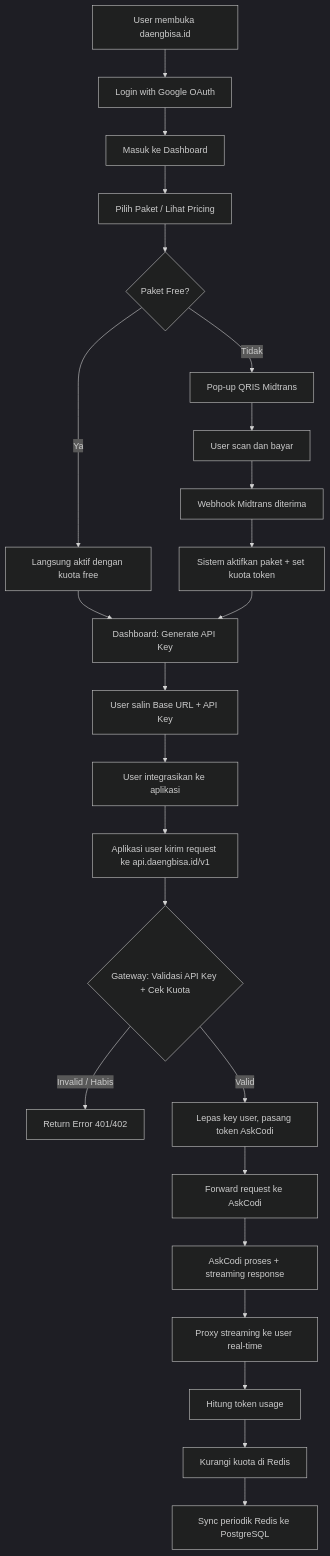
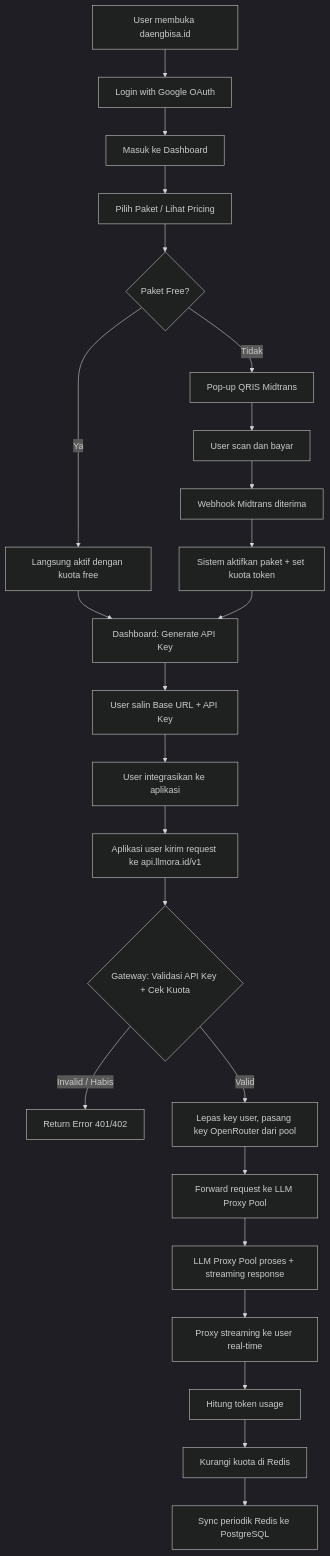
The first of 3 diagrams in plans/prd.md (radacore/llmore), drawn with Mermaid (dark theme) before and after one commit. The commit also changed other lines of this file and 33 other files, not shown here.

First line of the commit message:
refactor(infra): ganti upstream AskCodi dengan llm-proxy pool internal

````diff
--- a/plans/prd.md
+++ b/plans/prd.md
@@ -106,26 +106,26 @@
 ```mermaid
 flowchart TD
     A[User membuka daengbisa.id] --> B[Login with Google OAuth]
     B --> C[Masuk ke Dashboard]
     C --> D[Pilih Paket / Lihat Pricing]
     D --> E{Paket Free?}
     E -->|Ya| F[Langsung aktif dengan kuota free]
     E -->|Tidak| G[Pop-up QRIS Midtrans]
     G --> H[User scan dan bayar]
     H --> I[Webhook Midtrans diterima]
     I --> J[Sistem aktifkan paket + set kuota token]
     F --> K[Dashboard: Generate API Key]
     J --> K
     K --> L[User salin Base URL + API Key]
     L --> M[User integrasikan ke aplikasi]
-    M --> N[Aplikasi user kirim request ke api.daengbisa.id/v1]
+    M --> N[Aplikasi user kirim request ke api.llmora.id/v1]
     N --> O{Gateway: Validasi API Key + Cek Kuota}
     O -->|Invalid / Habis| P[Return Error 401/402]
-    O -->|Valid| Q[Lepas key user, pasang token AskCodi]
-    Q --> R[Forward request ke AskCodi]
-    R --> S[AskCodi proses + streaming response]
+    O -->|Valid| Q[Lepas key user, pasang key OpenRouter dari pool]
+    Q --> R[Forward request ke LLM Proxy Pool]
+    R --> S[LLM Proxy Pool proses + streaming response]
     S --> T[Proxy streaming ke user real-time]
     T --> U[Hitung token usage]
     U --> V[Kurangi kuota di Redis]
     V --> W[Sync periodik Redis ke PostgreSQL]
 ```
````
